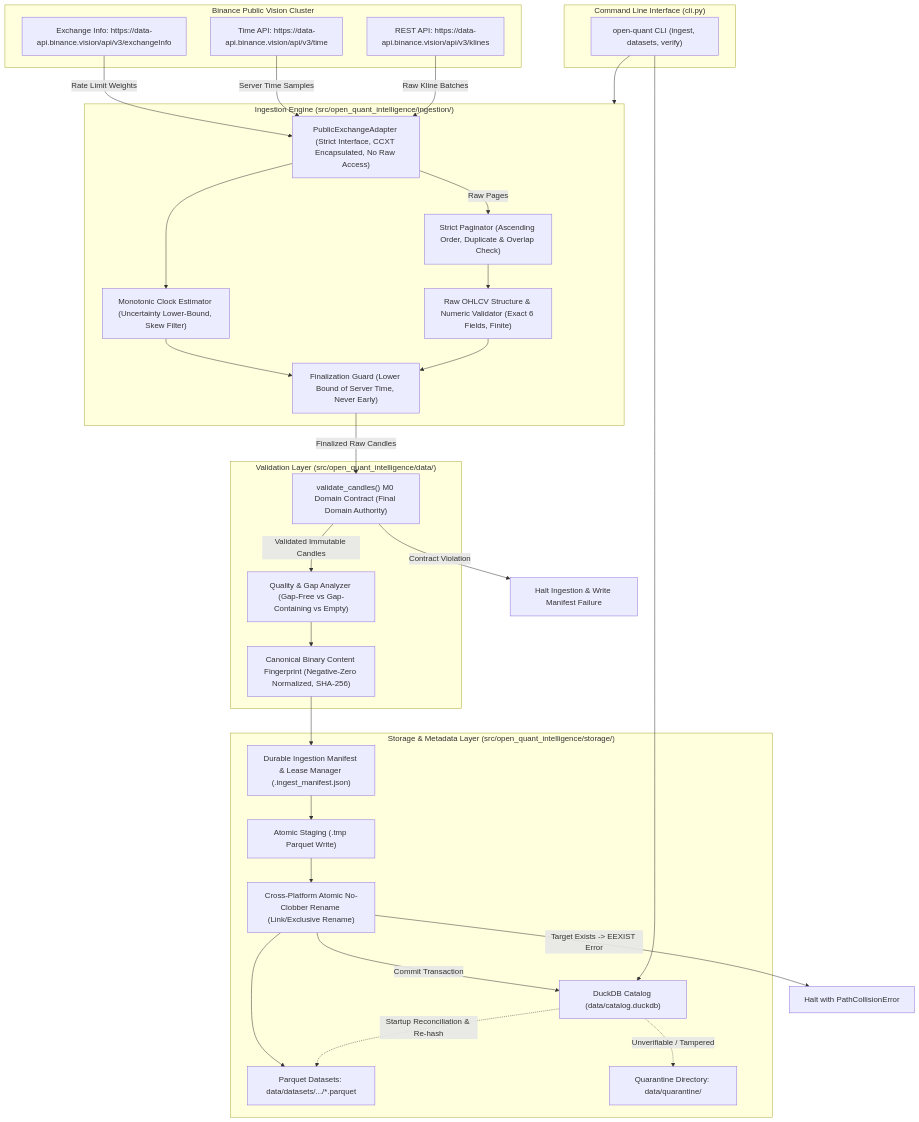
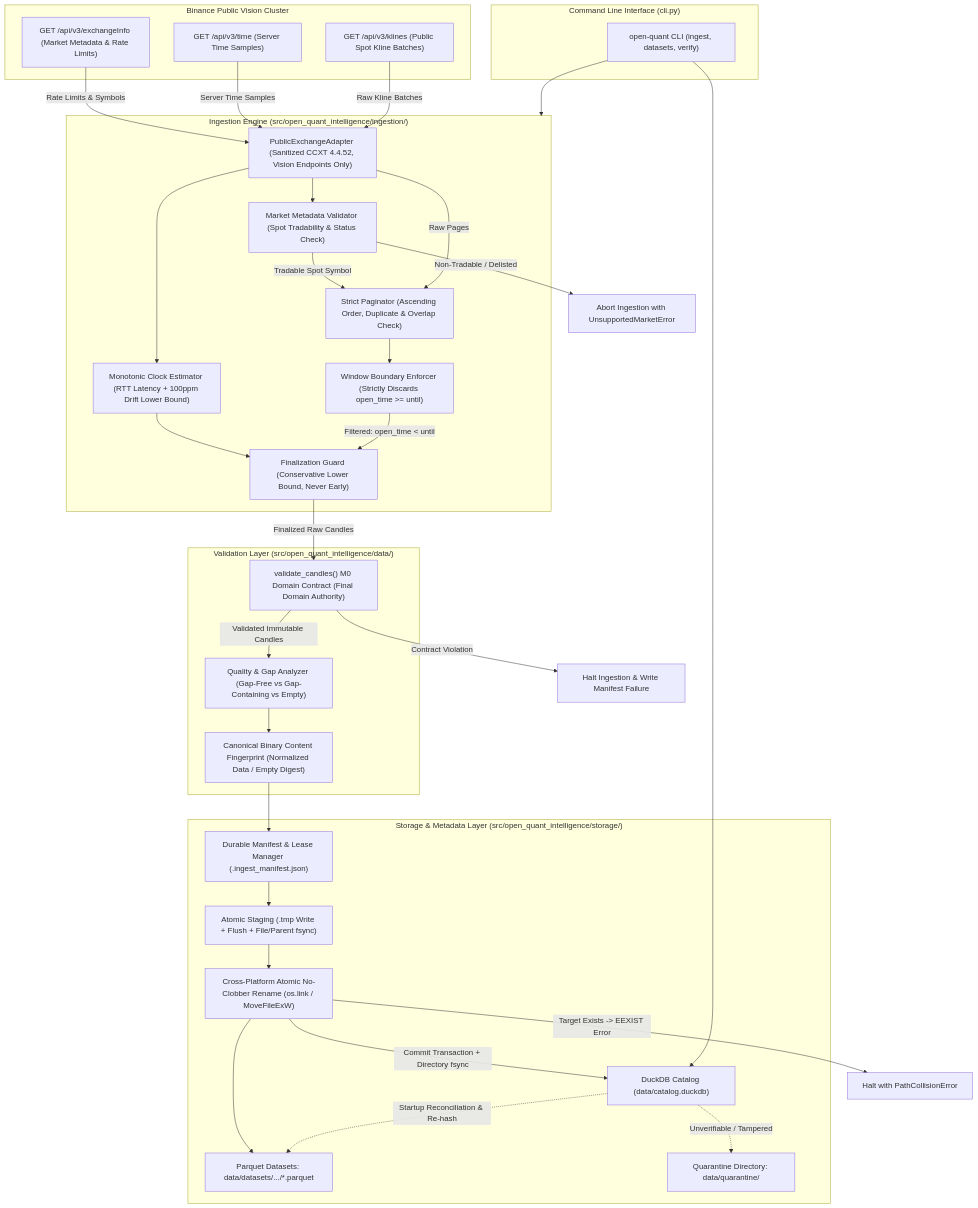
Before and after one commit to jayp91131-sudo/open-quant-intelligence: the diagram in docs/M1_ARCHITECTURE_PROPOSAL.md, drawn with Mermaid. The commit also changed other lines of this file, not shown here.

Commit message:
docs(m1): apply final approval corrections to architecture proposal

````diff
--- a/docs/M1_ARCHITECTURE_PROPOSAL.md
+++ b/docs/M1_ARCHITECTURE_PROPOSAL.md
@@ -120,58 +123,62 @@
 ```mermaid
 flowchart TD
     subgraph Binance_Public["Binance Public Vision Cluster"]
-        API["REST API: https://data-api.binance.vision/api/v3/klines"]
-        TimeAPI["Time API: https://data-api.binance.vision/api/v3/time"]
-        ExchangeInfo["Exchange Info: https://data-api.binance.vision/api/v3/exchangeInfo"]
+        ExchangeInfo["GET /api/v3/exchangeInfo (Market Metadata & Rate Limits)"]
+        TimeAPI["GET /api/v3/time (Server Time Samples)"]
+        API["GET /api/v3/klines (Public Spot Kline Batches)"]
     end
 
     subgraph Ingestion_Engine["Ingestion Engine (src/open_quant_intelligence/ingestion/)"]
-        Adapter["PublicExchangeAdapter (Strict Interface, CCXT Encapsulated, No Raw Access)"]
-        ClockSync["Monotonic Clock Estimator (Uncertainty Lower-Bound, Skew Filter)"]
+        Adapter["PublicExchangeAdapter (Sanitized CCXT 4.4.52, Vision Endpoints Only)"]
+        PreFlight["Market Metadata Validator (Spot Tradability & Status Check)"]
+        ClockSync["Monotonic Clock Estimator (RTT Latency + 100ppm Drift Lower Bound)"]
         Paginator["Strict Paginator (Ascending Order, Duplicate & Overlap Check)"]
-        RawValidator["Raw OHLCV Structure & Numeric Validator (Exact 6 Fields, Finite)"]
-        Finalizer["Finalization Guard (Lower Bound of Server Time, Never Early)"]
+        BoundaryFilter["Window Boundary Enforcer (Strictly Discards open_time >= until)"]
+        Finalizer["Finalization Guard (Conservative Lower Bound, Never Early)"]
     end
 
     subgraph Validation_Layer["Validation Layer (src/open_quant_intelligence/data/)"]
         Validator["validate_candles() M0 Domain Contract (Final Domain Authority)"]
         QualityAnalyzer["Quality & Gap Analyzer (Gap-Free vs Gap-Containing vs Empty)"]
-        BinaryFingerprint["Canonical Binary Content Fingerprint (Negative-Zero Normalized, SHA-256)"]
+        BinaryFingerprint["Canonical Binary Content Fingerprint (Normalized Data / Empty Digest)"]
     end
 
     subgraph Storage_Layer["Storage & Metadata Layer (src/open_quant_intelligence/storage/)"]
-        ManifestManager["Durable Ingestion Manifest & Lease Manager (.ingest_manifest.json)"]
-        StageStore["Atomic Staging (.tmp Parquet Write)"]
-        AtomicRename["Cross-Platform Atomic No-Clobber Rename (Link/Exclusive Rename)"]
+        ManifestManager["Durable Manifest & Lease Manager (.ingest_manifest.json)"]
+        StageStore["Atomic Staging (.tmp Write + Flush + File/Parent fsync)"]
+        AtomicRename["Cross-Platform Atomic No-Clobber Rename (os.link / MoveFileExW)"]
         DuckDBCatalog["DuckDB Catalog (data/catalog.duckdb)"]
         DataFiles["Parquet Datasets: data/datasets/.../*.parquet"]
         Quarantine["Quarantine Directory: data/quarantine/"]
     end
 
     subgraph User_CLI["Command Line Interface (cli.py)"]
         CLI["open-quant CLI (ingest, datasets, verify)"]
     end
 
-    ExchangeInfo -->|Rate Limit Weights| Adapter
+    ExchangeInfo -->|Rate Limits & Symbols| Adapter
+    Adapter --> PreFlight
+    PreFlight -->|Non-Tradable / Delisted| HaltPre["Abort Ingestion with UnsupportedMarketError"]
+    PreFlight -->|Tradable Spot Symbol| Paginator
     TimeAPI -->|Server Time Samples| Adapter
     Adapter --> ClockSync
     ClockSync --> Finalizer
     API -->|Raw Kline Batches| Adapter
     Adapter -->|Raw Pages| Paginator
-    Paginator --> RawValidator
-    RawValidator --> Finalizer
+    Paginator --> BoundaryFilter
+    BoundaryFilter -->|Filtered: open_time < until| Finalizer
     Finalizer -->|Finalized Raw Candles| Validator
     Validator -->|Contract Violation| Fail["Halt Ingestion & Write Manifest Failure"]
     Validator -->|Validated Immutable Candles| QualityAnalyzer
     QualityAnalyzer --> BinaryFingerprint
     BinaryFingerprint --> ManifestManager
     ManifestManager --> StageStore
     StageStore --> AtomicRename
     AtomicRename -->|Target Exists -> EEXIST Error| Collision["Halt with PathCollisionError"]
     AtomicRename --> DataFiles
-    AtomicRename -->|Commit Transaction| DuckDBCatalog
+    AtomicRename -->|Commit Transaction + Directory fsync| DuckDBCatalog
     DuckDBCatalog -.->|Startup Reconciliation & Re-hash| DataFiles
     DuckDBCatalog -.->|Unverifiable / Tampered| Quarantine
     CLI --> Ingestion_Engine
     CLI --> DuckDBCatalog
 ```
````
